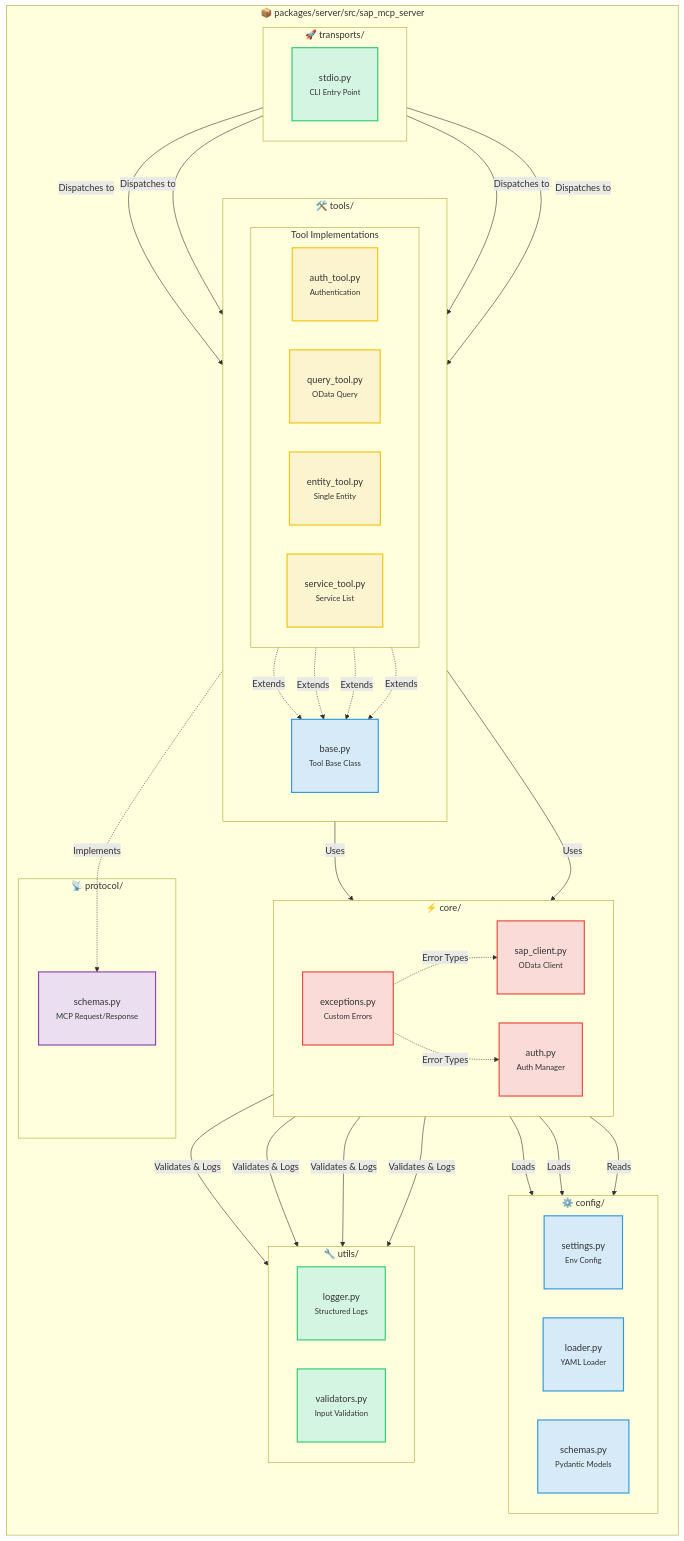
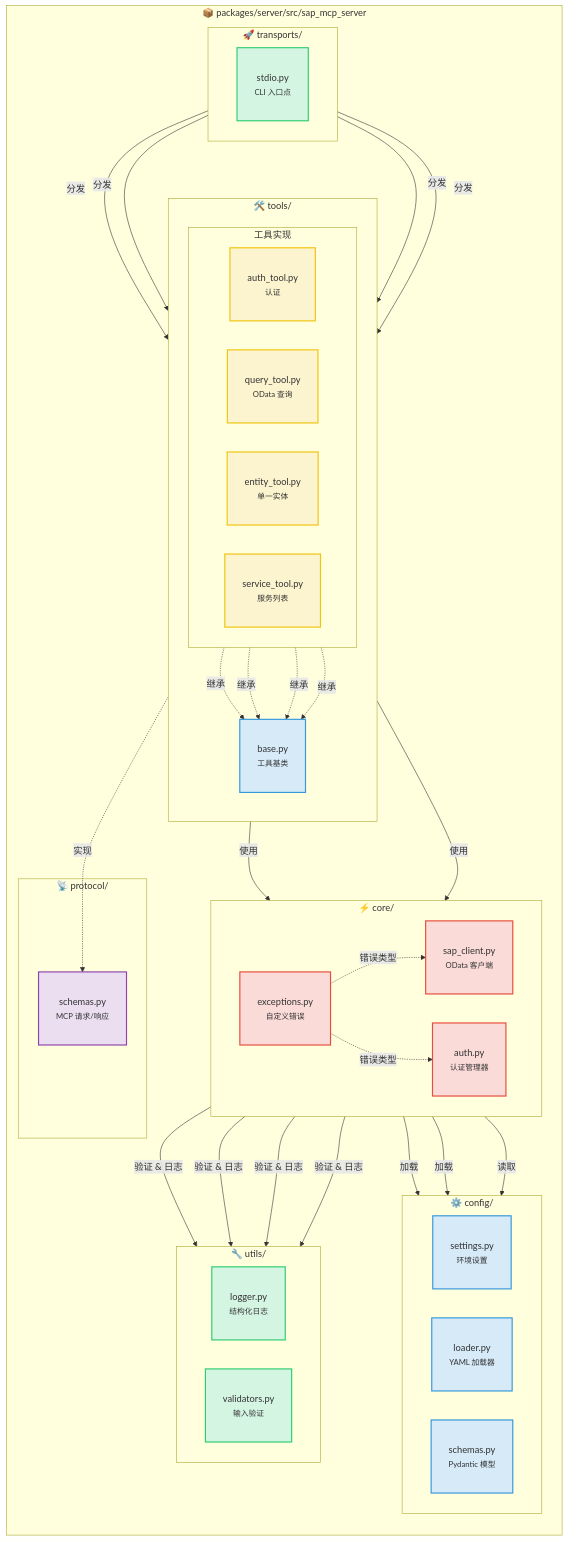
Before and after one commit to midasol/sap-mcp-server: the second of 5 diagrams in README.zh-CN.md, drawn with Mermaid. The commit also changed other lines of this file and 7 other files, not shown here.

````diff
--- a/README.zh-CN.md
+++ b/README.zh-CN.md
@@ -115,74 +194,74 @@
 ```mermaid
 graph TB
     subgraph pkg["📦 packages/server/src/sap_mcp_server"]
         direction TB
 
         subgraph trans["🚀 transports/"]
             direction LR
-            T1["stdio.py<br/><small>CLI Entry Point</small>"]
+            T1["stdio.py<br/><small>CLI 入口点</small>"]
         end
 
         subgraph tools["🛠️ tools/"]
             direction TB
-            TO5["base.py<br/><small>Tool Base Class</small>"]
+            TO5["base.py<br/><small>工具基类</small>"]
 
-            subgraph toolImpl["Tool Implementations"]
+            subgraph toolImpl["工具实现"]
                 direction LR
-                TO1["auth_tool.py<br/><small>Authentication</small>"]
-                TO2["query_tool.py<br/><small>OData Query</small>"]
-                TO3["entity_tool.py<br/><small>Single Entity</small>"]
-                TO4["service_tool.py<br/><small>Service List</small>"]
+                TO1["auth_tool.py<br/><small>认证</small>"]
+                TO2["query_tool.py<br/><small>OData 查询</small>"]
+                TO3["entity_tool.py<br/><small>单一实体</small>"]
+                TO4["service_tool.py<br/><small>服务列表</small>"]
             end
         end
 
         subgraph core["⚡ core/"]
             direction LR
-            C1["sap_client.py<br/><small>OData Client</small>"]
-            C2["auth.py<br/><small>Auth Manager</small>"]
-            C3["exceptions.py<br/><small>Custom Errors</small>"]
+            C1["sap_client.py<br/><small>OData 客户端</small>"]
+            C2["auth.py<br/><small>认证管理器</small>"]
+            C3["exceptions.py<br/><small>自定义错误</small>"]
         end
 
         subgraph config["⚙️ config/"]
             direction LR
-            CF1["settings.py<br/><small>Env Config</small>"]
-            CF2["loader.py<br/><small>YAML Loader</small>"]
-            CF3["schemas.py<br/><small>Pydantic Models</small>"]
+            CF1["settings.py<br/><small>环境设置</small>"]
+            CF2["loader.py<br/><small>YAML 加载器</small>"]
+            CF3["schemas.py<br/><small>Pydantic 模型</small>"]
         end
 
         subgraph utils["🔧 utils/"]
             direction LR
-            U1["logger.py<br/><small>Structured Logs</small>"]
-            U2["validators.py<br/><small>Input Validation</small>"]
+            U1["logger.py<br/><small>结构化日志</small>"]
+            U2["validators.py<br/><small>输入验证</small>"]
         end
 
         subgraph protocol["📡 protocol/"]
-            P1["schemas.py<br/><small>MCP Request/Response</small>"]
+            P1["schemas.py<br/><small>MCP 请求/响应</small>"]
         end
     end
 
-    T1 -->|Dispatches to| TO1 & TO2 & TO3 & TO4
-    TO1 & TO2 & TO3 & TO4 -.->|Extends| TO5
-    TO5 -->|Uses| C1 & C2
-    C1 -->|Loads| CF1 & CF2
-    C2 -->|Reads| CF1
-    C1 & C2 -->|Validates & Logs| U1 & U2
-    TO5 -.->|Implements| P1
-    C3 -.->|Error Types| C1 & C2
+    T1 -->|分发| TO1 & TO2 & TO3 & TO4
+    TO1 & TO2 & TO3 & TO4 -.->|继承| TO5
+    TO5 -->|使用| C1 & C2
+    C1 -->|加载| CF1 & CF2
+    C2 -->|读取| CF1
+    C1 & C2 -->|验证 & 日志| U1 & U2
+    TO5 -.->|实现| P1
+    C3 -.->|错误类型| C1 & C2
 
     classDef transportNode fill:#D5F5E3,stroke:#2ECC71,stroke-width:2px,padding:18px
     classDef futureNode fill:#E8E8E8,stroke:#999999,stroke-width:2px,stroke-dasharray:5 5
     classDef toolNode fill:#FCF3CF,stroke:#F1C40F,stroke-width:2px,padding:18px
     classDef baseNode fill:#D6EAF8,stroke:#3498DB,stroke-width:2px,padding:18px
     classDef coreNode fill:#FADBD8,stroke:#E74C3C,stroke-width:2px,padding:18px
     classDef configNode fill:#D6EAF8,stroke:#3498DB,stroke-width:2px,padding:18px
     classDef utilNode fill:#D5F5E3,stroke:#2ECC71,stroke-width:2px,padding:18px
     classDef protocolNode fill:#EBDEF0,stroke:#8E44AD,stroke-width:2px,padding:18px
 
     class T1 transportNode
     class TO1,TO2,TO3,TO4 toolNode
     class TO5 baseNode
     class C1,C2,C3 coreNode
     class CF1,CF2,CF3 configNode
     class U1,U2 utilNode
     class P1 protocolNode
 ```
````
